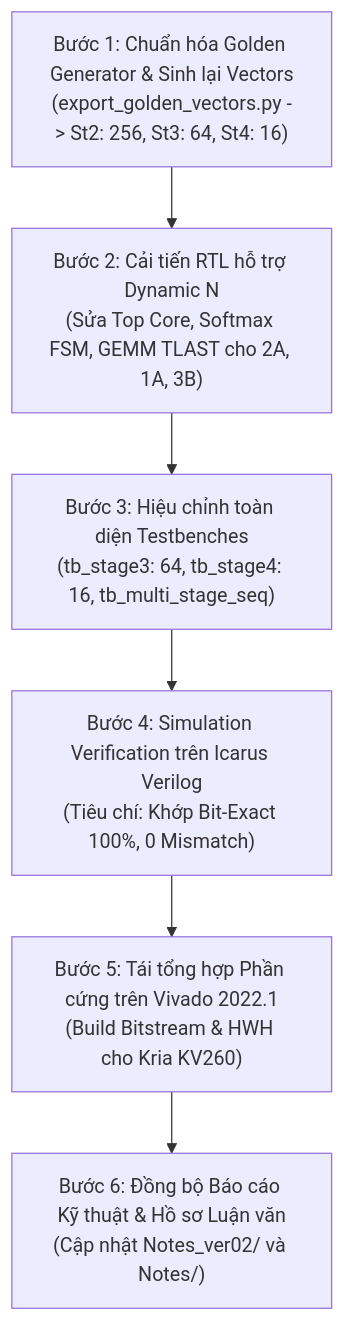
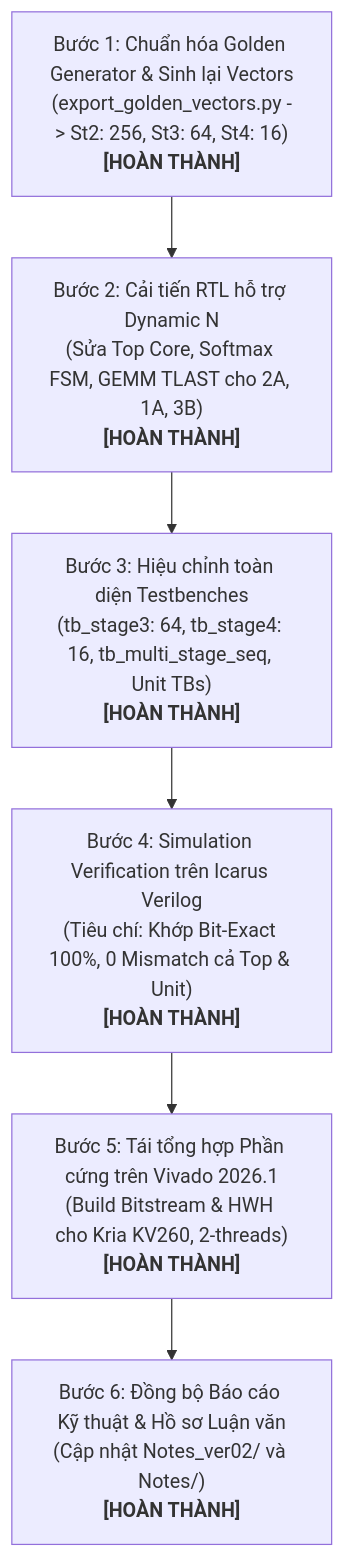
Before and after one commit to Planterian/Capstone_project: the diagram in Notes/ke_hoach_6_buoc_sua_rtl_dynamic_n_cac_variant.md, drawn with Mermaid. The commit also changed other lines of this file and 16 other files, not shown here.

````diff
--- a/Notes/ke_hoach_6_buoc_sua_rtl_dynamic_n_cac_variant.md
+++ b/Notes/ke_hoach_6_buoc_sua_rtl_dynamic_n_cac_variant.md
@@ -33,11 +36,11 @@
 ```mermaid
 flowchart TD
-    S1["Bước 1: Chuẩn hóa Golden Generator & Sinh lại Vectors<br/>(export_golden_vectors.py -> St2: 256, St3: 64, St4: 16)"]
-    S2["Bước 2: Cải tiến RTL hỗ trợ Dynamic N<br/>(Sửa Top Core, Softmax FSM, GEMM TLAST cho 2A, 1A, 3B)"]
-    S3["Bước 3: Hiệu chỉnh toàn diện Testbenches<br/>(tb_stage3: 64, tb_stage4: 16, tb_multi_stage_seq)"]
-    S4["Bước 4: Simulation Verification trên Icarus Verilog<br/>(Tiêu chí: Khớp Bit-Exact 100%, 0 Mismatch)"]
-    S5["Bước 5: Tái tổng hợp Phần cứng trên Vivado 2022.1<br/>(Build Bitstream & HWH cho Kria KV260)"]
-    S6["Bước 6: Đồng bộ Báo cáo Kỹ thuật & Hồ sơ Luận văn<br/>(Cập nhật Notes_ver02/ và Notes/)"]
+    S1["Bước 1: Chuẩn hóa Golden Generator & Sinh lại Vectors<br/>(export_golden_vectors.py -> St2: 256, St3: 64, St4: 16)<br/><b>[HOÀN THÀNH]</b>"]
+    S2["Bước 2: Cải tiến RTL hỗ trợ Dynamic N<br/>(Sửa Top Core, Softmax FSM, GEMM TLAST cho 2A, 1A, 3B)<br/><b>[HOÀN THÀNH]</b>"]
+    S3["Bước 3: Hiệu chỉnh toàn diện Testbenches<br/>(tb_stage3: 64, tb_stage4: 16, tb_multi_stage_seq, Unit TBs)<br/><b>[HOÀN THÀNH]</b>"]
+    S4["Bước 4: Simulation Verification trên Icarus Verilog<br/>(Tiêu chí: Khớp Bit-Exact 100%, 0 Mismatch cả Top & Unit)<br/><b>[HOÀN THÀNH]</b>"]
+    S5["Bước 5: Tái tổng hợp Phần cứng trên Vivado 2026.1<br/>(Build Bitstream & HWH cho Kria KV260, 2-threads)<br/><b>[HOÀN THÀNH]</b>"]
+    S6["Bước 6: Đồng bộ Báo cáo Kỹ thuật & Hồ sơ Luận văn<br/>(Cập nhật Notes_ver02/ và Notes/)<br/><b>[HOÀN THÀNH]</b>"]
 
     S1 --> S2 --> S3 --> S4 --> S5 --> S6
 ```
````
